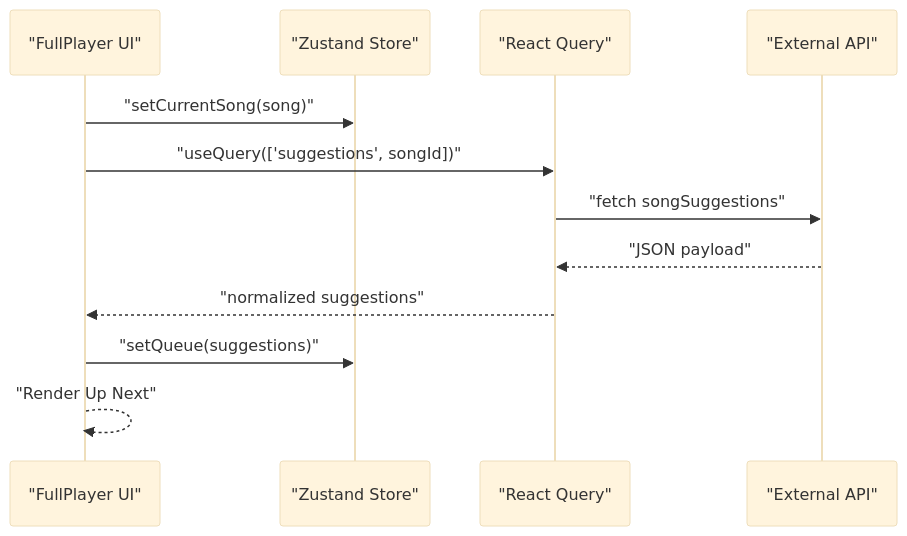
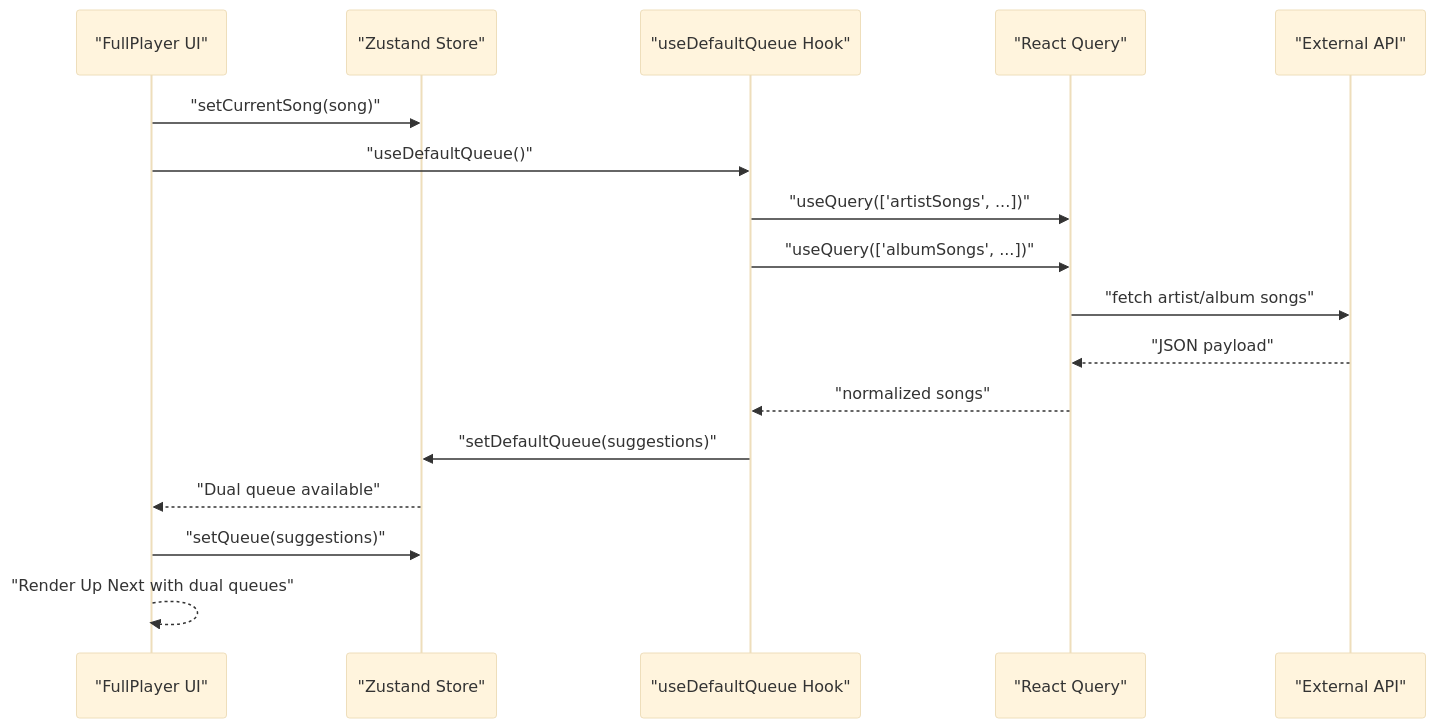
The fifth of 11 diagrams in .qoder/repowiki/en/content/State Management/State Management.md (moindestiny/SonicStream), drawn with Mermaid (base theme) before and after one commit. The commit also changed other lines of this file and 5 other files, not shown here.

````diff
--- a/.qoder/repowiki/en/content/State Management/State Management.md
+++ b/.qoder/repowiki/en/content/State Management/State Management.md
@@ -205,14 +263,19 @@
 ```mermaid
 sequenceDiagram
 participant UI as "FullPlayer UI"
 participant Store as "Zustand Store"
+participant Hook as "useDefaultQueue Hook"
 participant RQ as "React Query"
 participant Ext as "External API"
 UI->>Store : "setCurrentSong(song)"
-UI->>RQ : "useQuery(['suggestions', songId])"
-RQ->>Ext : "fetch songSuggestions"
+UI->>Hook : "useDefaultQueue()"
+Hook->>RQ : "useQuery(['artistSongs', ...])"
+Hook->>RQ : "useQuery(['albumSongs', ...])"
+RQ->>Ext : "fetch artist/album songs"
 Ext-->>RQ : "JSON payload"
-RQ-->>UI : "normalized suggestions"
+RQ-->>Hook : "normalized songs"
+Hook->>Store : "setDefaultQueue(suggestions)"
+Store-->>UI : "Dual queue available"
 UI->>Store : "setQueue(suggestions)"
-UI-->>UI : "Render Up Next"
+UI-->>UI : "Render Up Next with dual queues"
 ```
````
